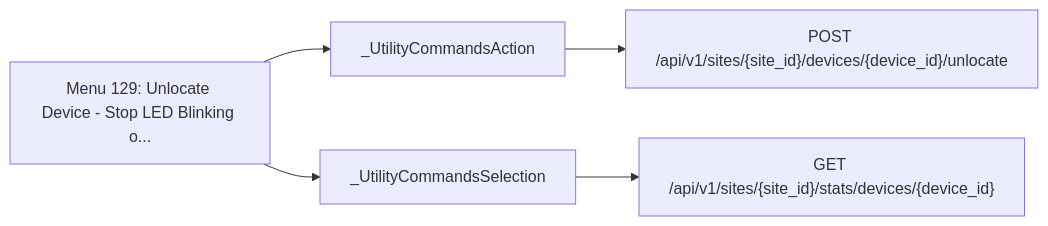
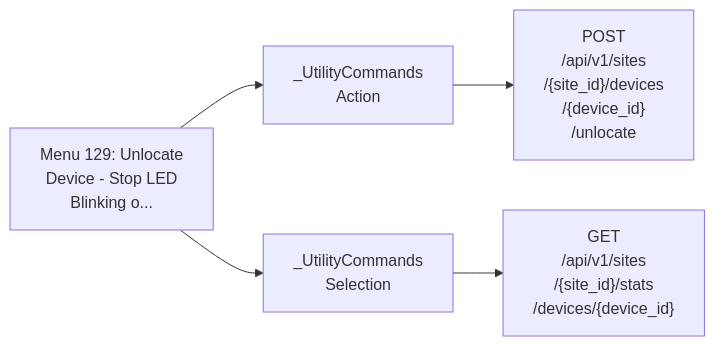
The seventh of 28 diagrams in documentation/menu-api/interactive.md (jmorrison-juniper/MistHelper), drawn with Mermaid before and after one commit. The commit also changed other lines of this file and 19 other files, not shown here.

First line of the commit message:
docs(menu-api): fit the Mermaid diagrams to the wiki column

````diff
--- a/documentation/menu-api/interactive.md
+++ b/documentation/menu-api/interactive.md
@@ -309,8 +161,8 @@
 ```mermaid
 flowchart LR
-    menu["Menu 129: Unlocate Device - Stop LED Blinking o..."]
-    menu --> c1["_UtilityCommandsAction"]
-    c1 --> e1["POST /api/v1/sites/{site_id}/devices/{device_id}/unlocate"]
-    menu --> c2["_UtilityCommandsSelection"]
-    c2 --> e2["GET /api/v1/sites/{site_id}/stats/devices/{device_id}"]
+    menu["Menu 129: Unlocate<br/>Device - Stop LED<br/>Blinking o..."]
+    menu --> c1["_UtilityCommands<br/>Action"]
+    c1 --> e1["POST<br/>/api/v1/sites<br/>/{site_id}/devices<br/>/{device_id}<br/>/unlocate"]
+    menu --> c2["_UtilityCommands<br/>Selection"]
+    c2 --> e2["GET<br/>/api/v1/sites<br/>/{site_id}/stats<br/>/devices/{device_id}"]
 ```
````
